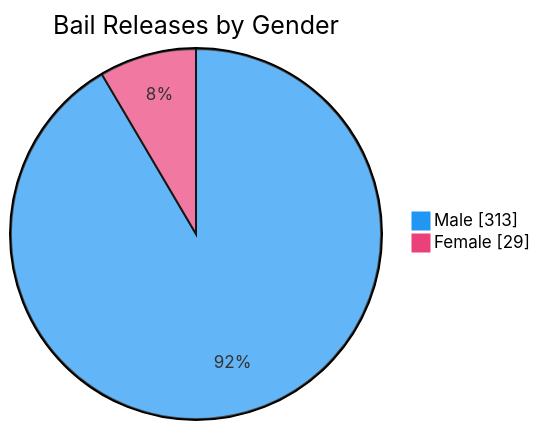
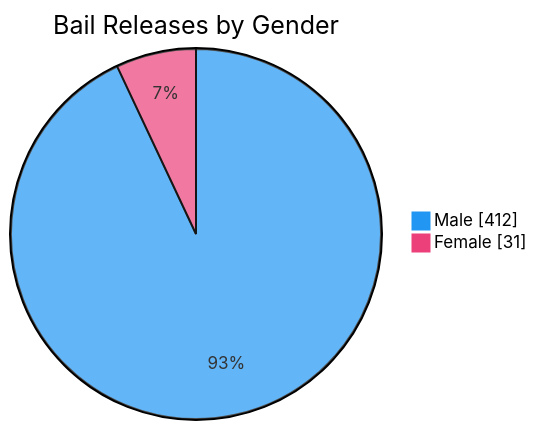
Before and after one commit to nuuuwan/lk_prisons: the seventh of 7 diagrams in README.md, drawn with Mermaid. The commit also changed other lines of this file and 1 other file, not shown here.

````diff
--- a/README.md
+++ b/README.md
@@ -109,6 +109,6 @@
 ```mermaid
 %%{init: {'themeVariables': {'pie1': '#2196F3', 'pie2': '#EC407A'}}}%%
 pie showData title Bail Releases by Gender
-    "Male" : 313
-    "Female" : 29
+    "Male" : 412
+    "Female" : 31
 ```
````
